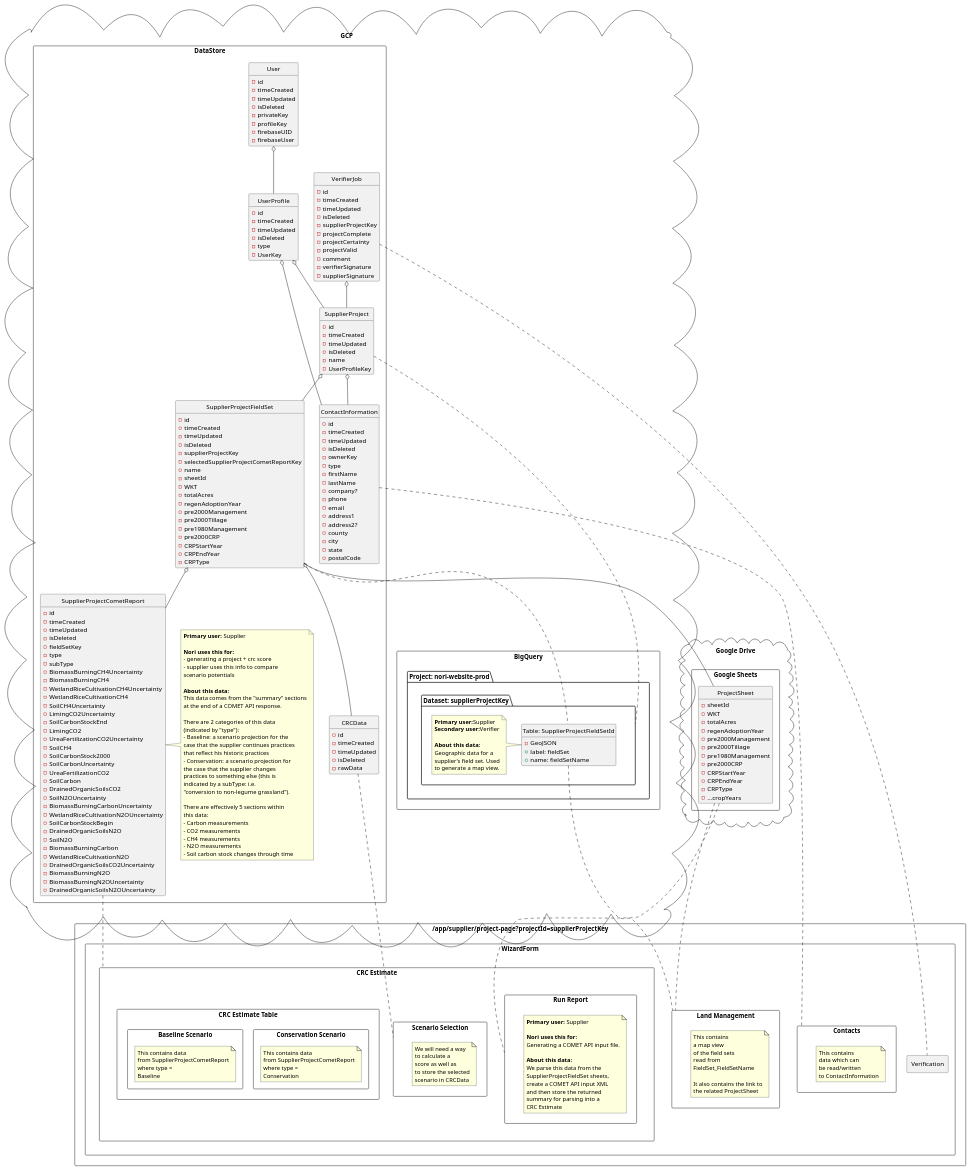
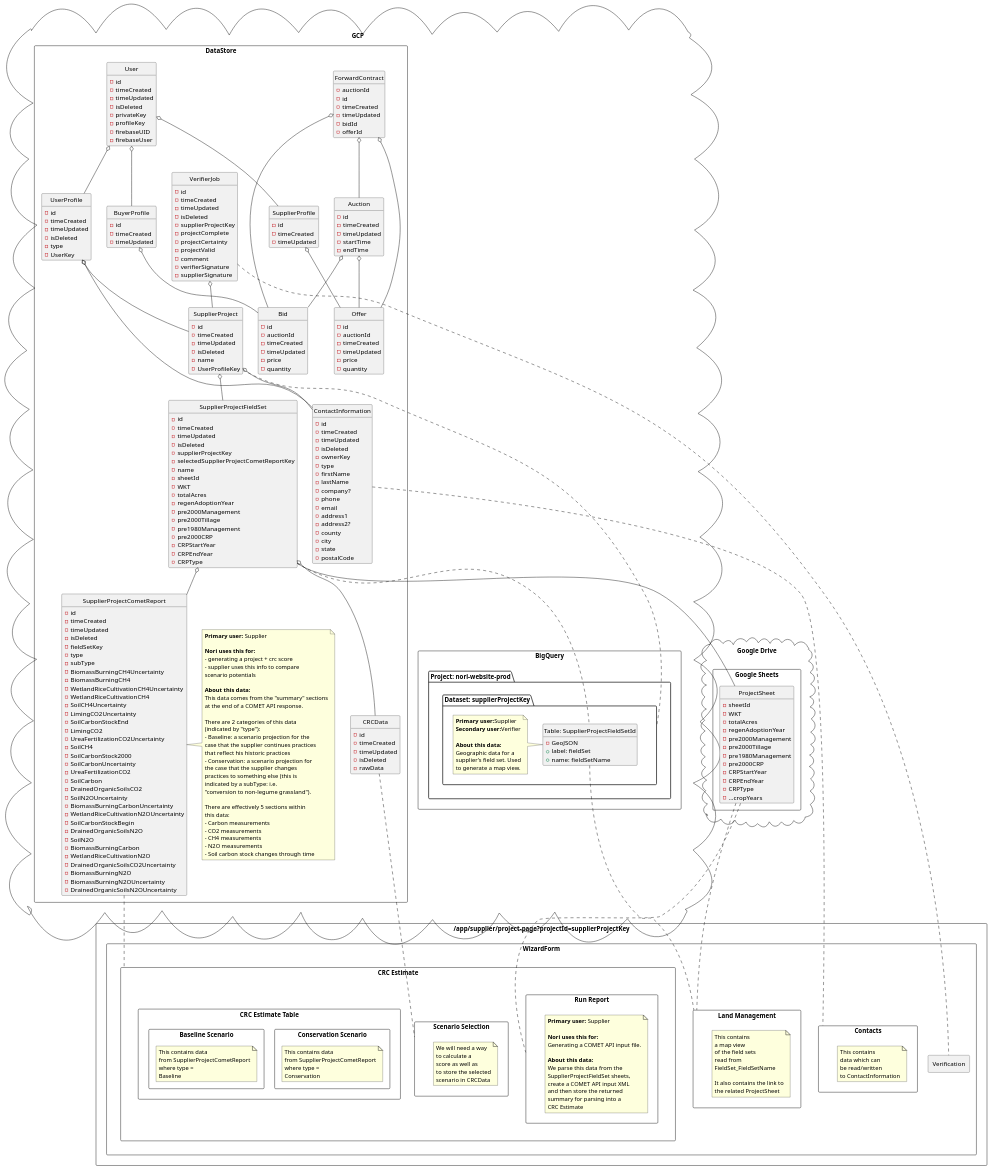
One commit to nori-dot-eco/nori-architecture changed the diagram in plantuml/supplier-project.puml. Above: the diagram before and after it, drawn with PlantUML. The commit also changed 9 other files, not shown here.

```diff
--- a/plantuml/supplier-project.puml
+++ b/plantuml/supplier-project.puml
@@ -46,6 +46,54 @@
   }
 
   package DataStore <<Rectangle>> {
+
+    class BuyerProfile {
+      -id
+      -timeCreated
+      -timeUpdated
+    }
+
+    class SupplierProfile {
+      -id
+      -timeCreated
+      -timeUpdated
+    }
+
+    class Bid {
+      -id
+      -auctionId
+      -timeCreated
+      -timeUpdated
+      -price
+      -quantity
+    }
+
+    class Offer {
+      -id
+      -auctionId
+      -timeCreated
+      -timeUpdated
+      -price
+      -quantity
+    }
+
+    class Auction {
+      -id
+      -timeCreated
+      -timeUpdated
+      -startTime
+      -endTime
+    }
+
+    class ForwardContract {
+      -auctionId
+      -id
+      -timeCreated
+      -timeUpdated
+      -bidId
+      -offerId
+    }
+
     class CRCData {
       -id
       -timeCreated
@@ -290,12 +338,27 @@
 }
 
 
+
+
 UserProfile o-- SupplierProject
 UserProfile o-- ContactInformation
 
 ContactInformation .. Contacts
 
 User o-- UserProfile
+
+User o-- SupplierProfile
+User o-- BuyerProfile
+
+SupplierProfile o-- Offer
+BuyerProfile o-- Bid
+
+Auction o-- Bid
+Auction o-- Offer
+
+ForwardContract o-- Auction
+ForwardContract o-- Bid
+ForwardContract o-- Offer
 
 SupplierProjectCometReport .. "CRC Estimate"
 
```
